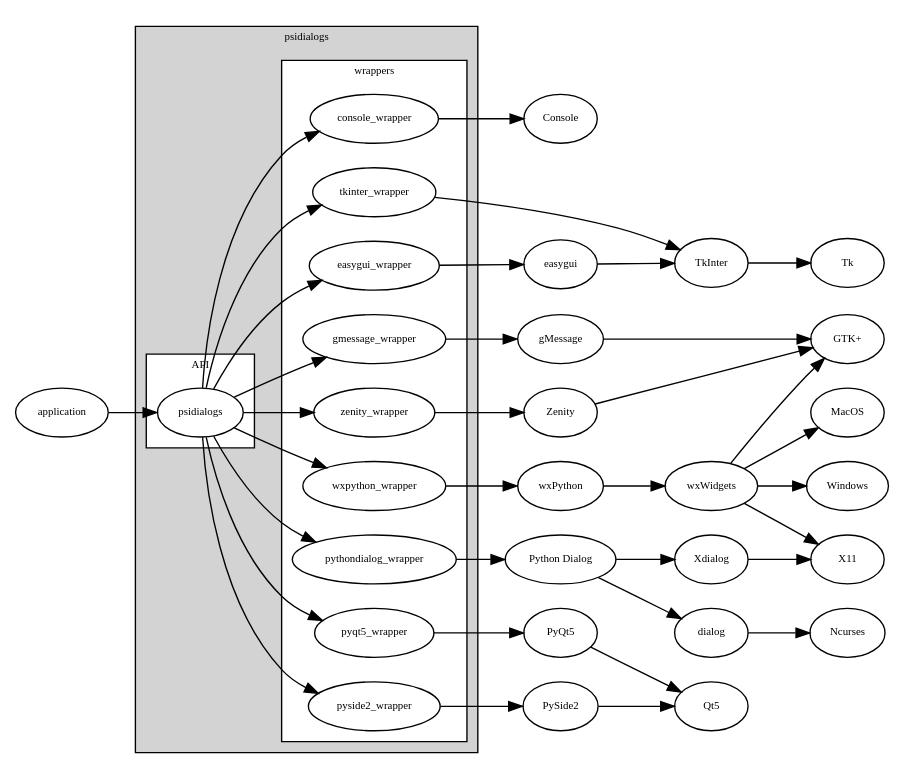
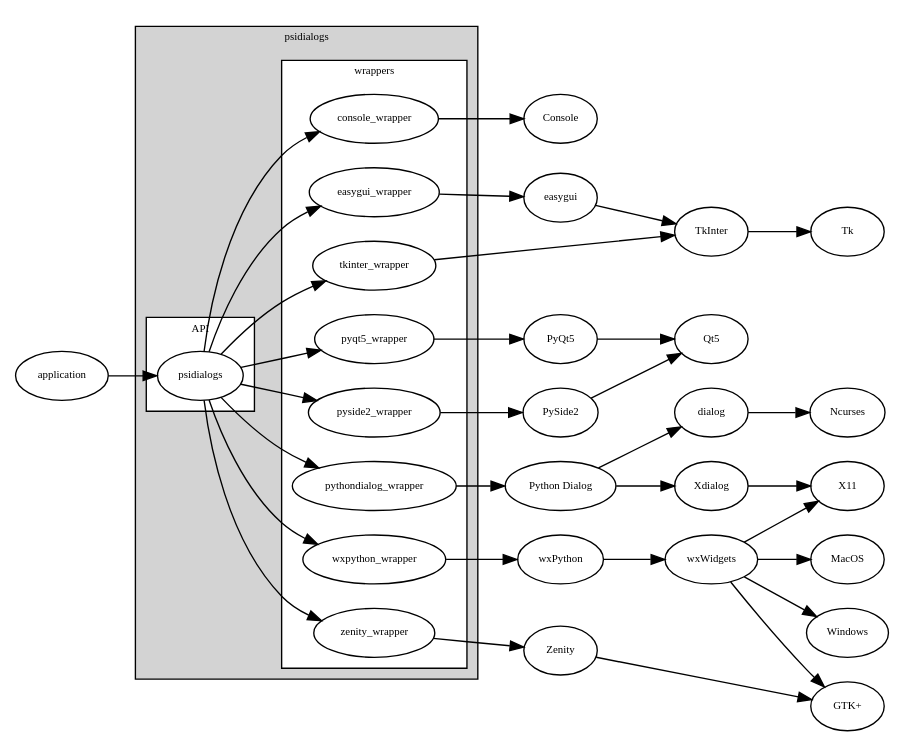
The diagram in doc/hierarchy.dot (ponty/psidialogs), drawn with Graphviz before and after one commit. The commit also changed 12 other files, not shown here.

```diff
--- a/doc/hierarchy.dot
+++ b/doc/hierarchy.dot
@@ -1,50 +1,48 @@
 digraph G {
 rankdir=LR;
 node [fontsize=8];
 fontsize=8;
 
 subgraph cluster_0 {
 	label = "psidialogs";
 	style=filled;
 	fillcolor=lightgrey;
 	subgraph cluster_1 {
 		label = "API";
 		style=filled;
 		fillcolor=white;
 
 		psidialogs;
 	}
 	subgraph cluster_2 {
 		style=filled;
 		fillcolor=white;
 		label = "wrappers";
 
 		psidialogs -> console_wrapper;
 		psidialogs -> easygui_wrapper;
-		psidialogs -> gmessage_wrapper;
 		psidialogs -> pyqt5_wrapper;
 		psidialogs -> pyside2_wrapper;
 		psidialogs -> pythondialog_wrapper;
 		psidialogs -> tkinter_wrapper;
 		psidialogs -> wxpython_wrapper;
 		psidialogs -> zenity_wrapper;
 	}
 }
 console_wrapper -> Console;
 easygui_wrapper -> easygui -> TkInter -> Tk;
-gmessage_wrapper -> gMessage -> "GTK+";
 pyqt5_wrapper -> PyQt5 -> Qt5;
 pyside2_wrapper -> PySide2 -> Qt5;
 pythondialog_wrapper -> "Python Dialog" -> Xdialog -> X11;
 "Python Dialog"  -> dialog -> Ncurses;
 tkinter_wrapper -> TkInter;
 zenity_wrapper -> Zenity -> "GTK+";
 
 wxpython_wrapper -> wxPython -> wxWidgets;
 wxWidgets -> "GTK+";
 wxWidgets -> MacOS;
 wxWidgets -> Windows;
 wxWidgets -> X11;
 
 application -> psidialogs;
 }
```
